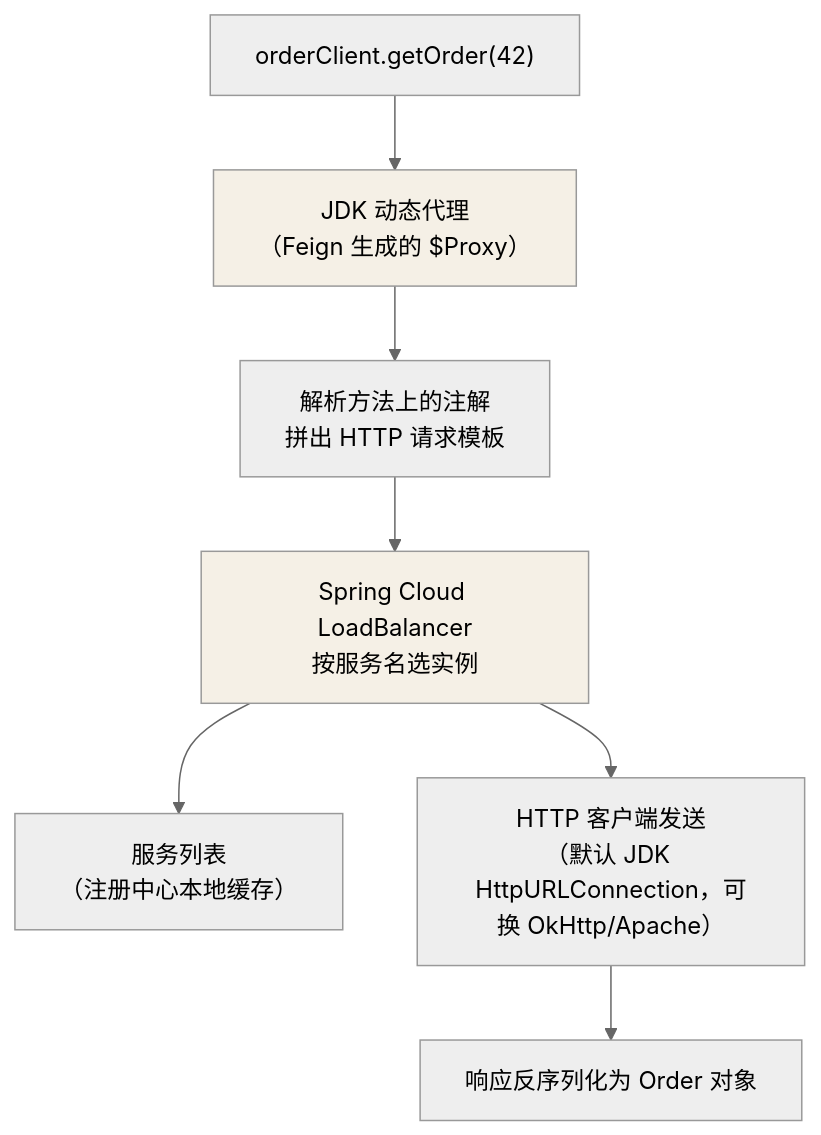
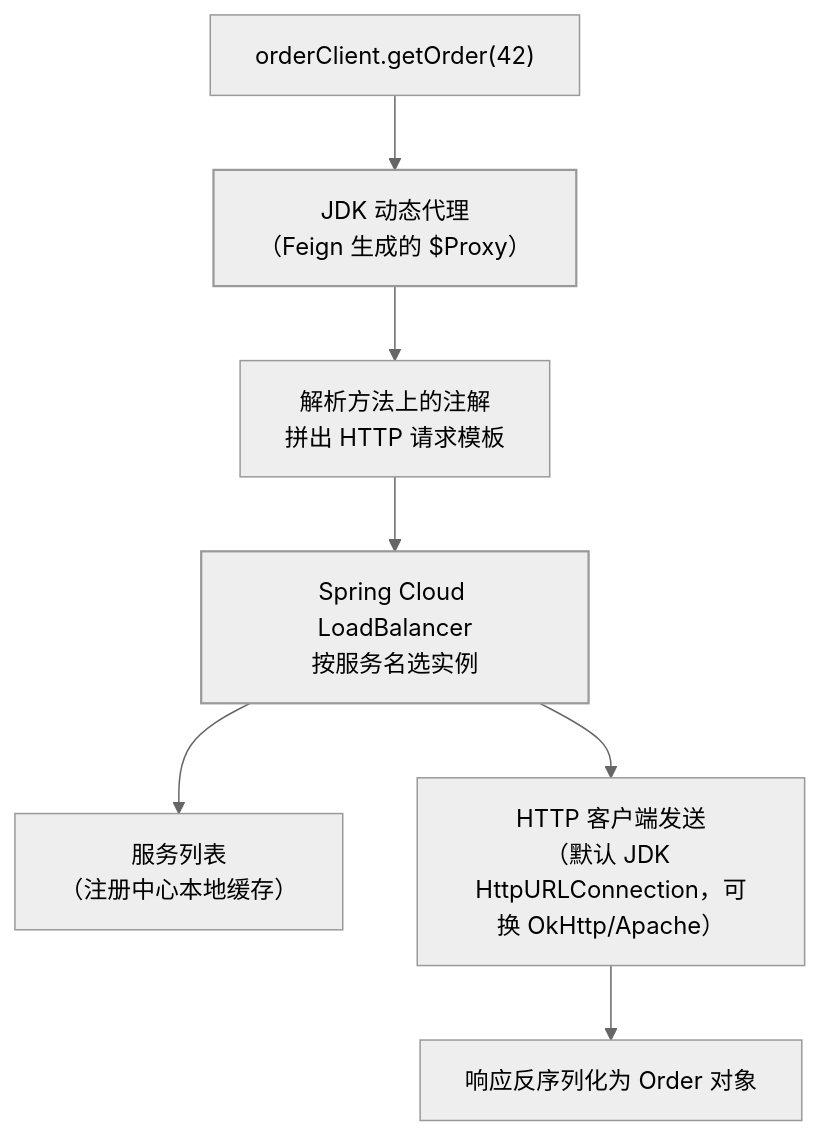
The first of 2 diagrams in src/content/docs/java/advanced/springcloud/04-openfeign-loadbalancer.md (Loadhao/ascension), drawn with Mermaid (neutral theme) before and after one commit. The commit also changed 87 other files, not shown here.

First line of the commit message:
fix: 全站图表配色改由主题接管，修复暗色主题下浅底浅字看不清

````diff
--- a/src/content/docs/java/advanced/springcloud/04-openfeign-loadbalancer.md
+++ b/src/content/docs/java/advanced/springcloud/04-openfeign-loadbalancer.md
@@ -29,12 +29,13 @@
 ```mermaid
 flowchart TB
     C["orderClient.getOrder(42)"] --> P["JDK 动态代理<br/>（Feign 生成的 $Proxy）"]
     P --> M["解析方法上的注解<br/>拼出 HTTP 请求模板"]
     M --> LB["Spring Cloud LoadBalancer<br/>按服务名选实例"]
     LB --> R["服务列表<br/>（注册中心本地缓存）"]
     LB --> HTTP["HTTP 客户端发送<br/>（默认 JDK HttpURLConnection，可换 OkHttp/Apache）"]
     HTTP --> DECODE["响应反序列化为 Order 对象"]
 
-    style P fill:#f5f0e6
-    style LB fill:#f5f0e6
+    class P hl
+    class LB hl
+    classDef hl stroke-width:1.5px
 ```
````
